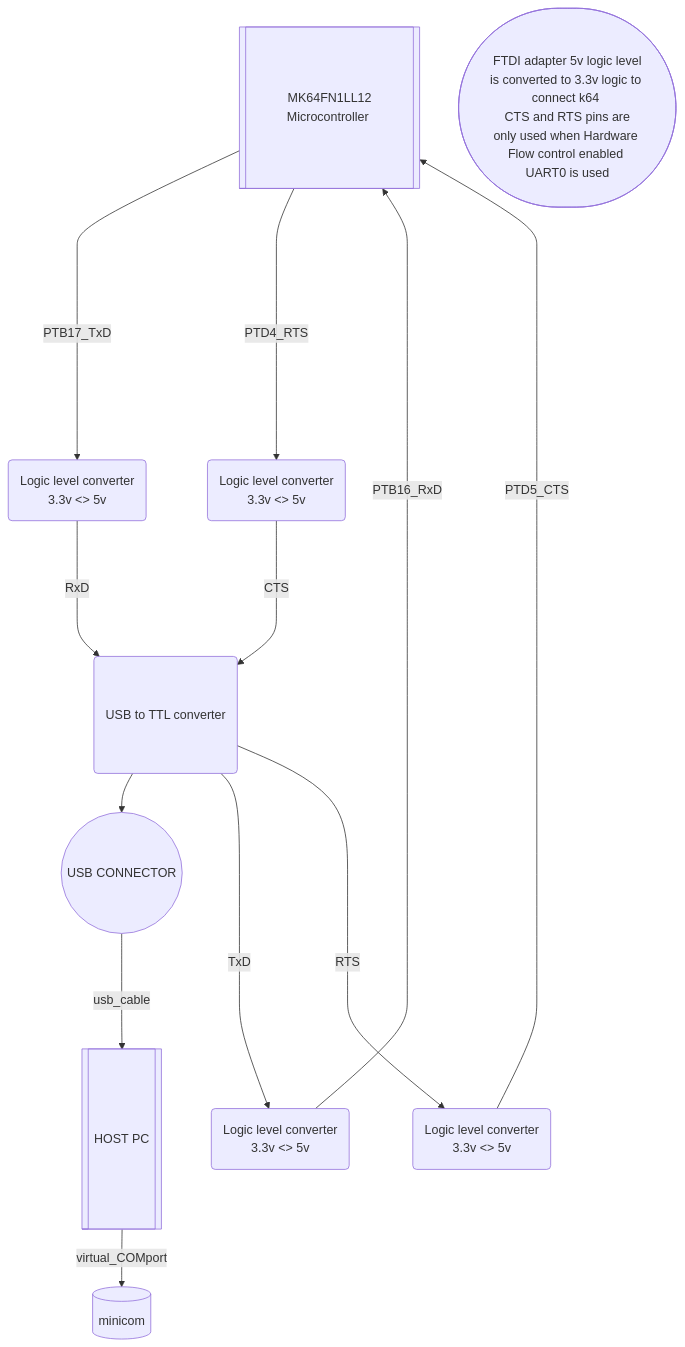
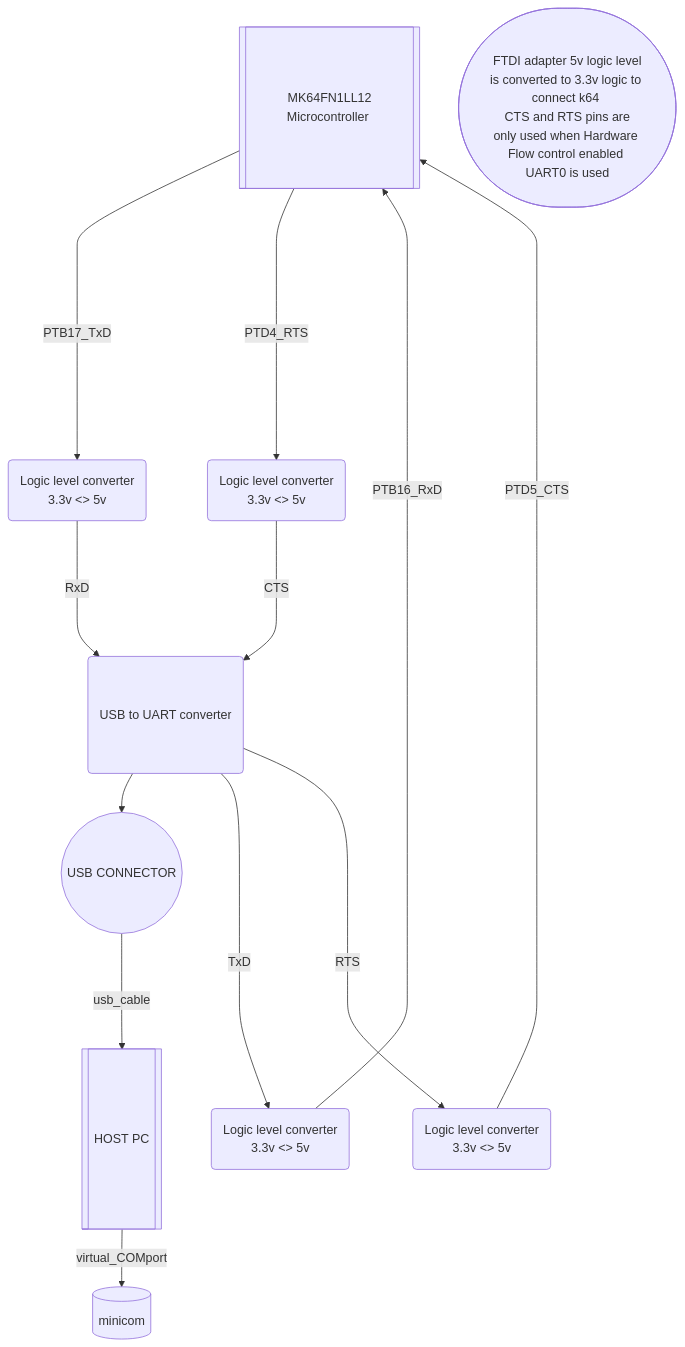
One commit to arun-jyothish/uart_k64 changed the diagram in flowchart/flow.md. Above: the diagram before and after it, drawn with Mermaid. The commit also changed 3 other files, not shown here.

```diff
--- a/flowchart/flow.md
+++ b/flowchart/flow.md
@@ -6,22 +6,22 @@
 ~~~mermaid
 graph TD
 k64[[ \n\n\n MK64FN1LL12 Microcontroller \n\n\n\n ]]
 	l1(Logic level converter \n3.3v <> 5v )--PTB16_RxD---> k64
 	k64 --PTB17_TxD------->l2(Logic level converter \n3.3v <> 5v )
 	k64 --PTD4_RTS-------> l3(Logic level converter \n3.3v <> 5v )
 	l4(Logic level converter \n3.3v <> 5v )--PTD5_CTS---> k64  
 	
-	ftdi( \n\n USB to TTL converter \n\n\n )
+	ftdi( \n\n USB to UART converter \n\n\n )
 	ftdi --> usb_con((USB CONNECTOR))
 
 	ftdi --TxD---->l1
 	ftdi --RTS---->l4
 	l2--RxD---->ftdi 
 	l3--CTS---->ftdi 
 	
 	usb_con --usb_cable---> host[[ \n\n\n\n   HOST       PC   \n\n\n\n\n ]]
 	host --virtual_COMport-->  mini[( minicom )]
 	
 
 	info([ \n\n FTDI adapter 5v logic level is converted to 3.3v logic to connect k64 \n CTS and RTS pins are only used when Hardware Flow control enabled \n UART0 is used \n\n ])
 ~~~
```
